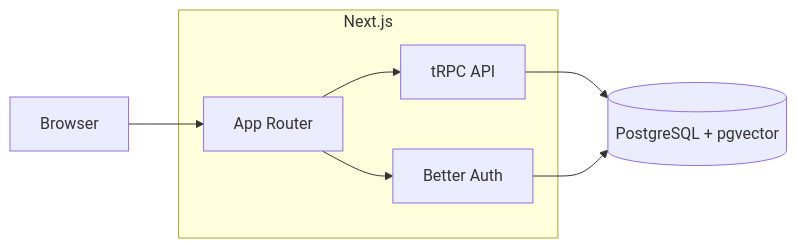
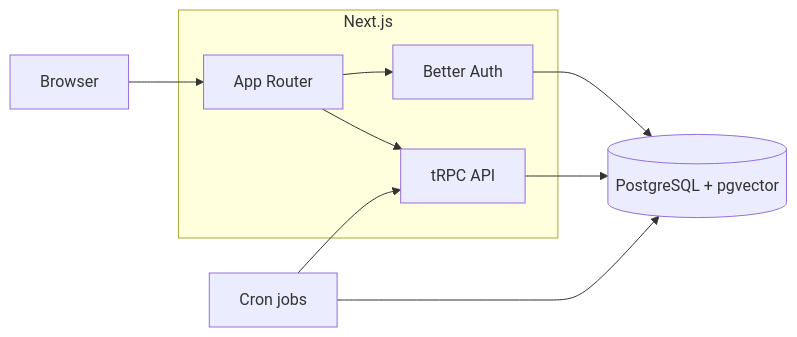
Before and after one commit to SafetyMP/Autonomous-EHS-Management: the diagram in README.md, drawn with Mermaid. The commit also changed other lines of this file and 34 other files, not shown here.

````diff
--- a/README.md
+++ b/README.md
@@ -17,15 +19,18 @@
 ```mermaid
 flowchart LR
   user[Browser]
   subgraph edge [Next.js]
     pages[App Router]
     trpc[tRPC API]
     auth[Better Auth]
   end
   pg[(PostgreSQL + pgvector)]
+  cron[Cron jobs]
   user --> pages
   pages --> trpc
   pages --> auth
   trpc --> pg
   auth --> pg
+  cron --> trpc
+  cron --> pg
 ```
````
